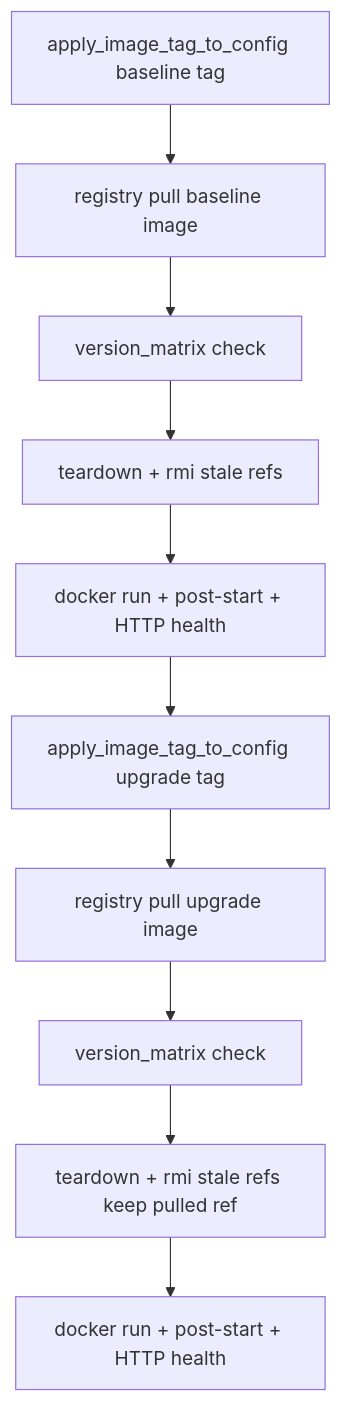
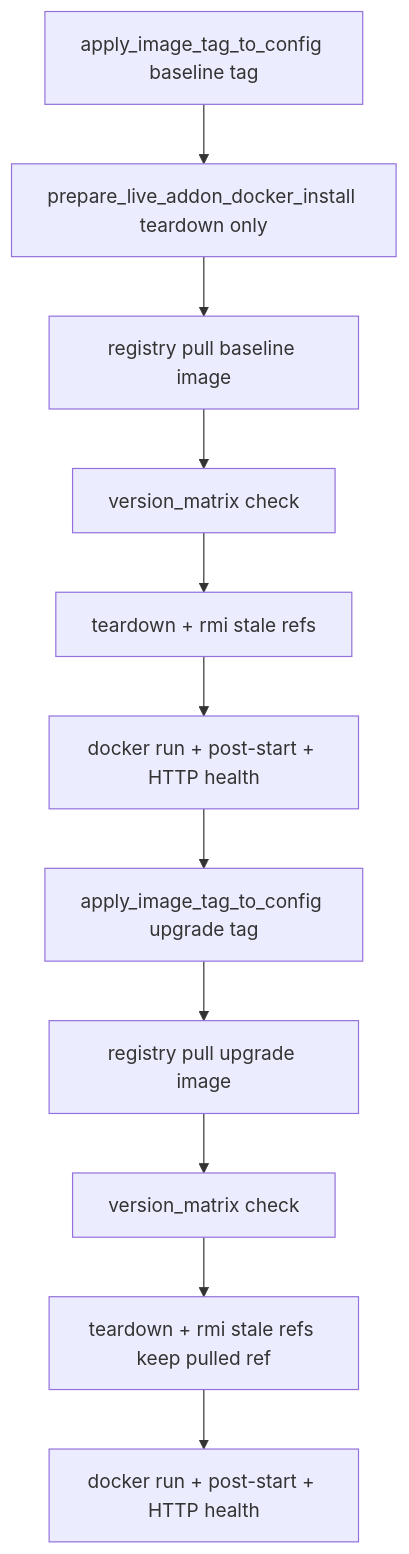
One commit to anamehra/sonic-mgmt changed the second of 2 diagrams in sonic-mgmt/docs/testplan/live_addon_docker_hld.md. Above: the diagram before and after it, drawn with Mermaid. The commit also changed other lines of this file, not shown here.

First line of the commit message:
Align live-addon HLD with upgrade test code paths.

````diff
--- a/sonic-mgmt/docs/testplan/live_addon_docker_hld.md
+++ b/sonic-mgmt/docs/testplan/live_addon_docker_hld.md
@@ -144,12 +145,13 @@
 ```mermaid
 flowchart TD
-    U0[apply_image_tag_to_config baseline tag] --> U1[registry pull baseline image]
+    U0[apply_image_tag_to_config baseline tag] --> U0b[prepare_live_addon_docker_install teardown only]
+    U0b --> U1[registry pull baseline image]
     U1 --> U2[version_matrix check]
     U2 --> U3[teardown + rmi stale refs]
     U3 --> U4[docker run + post-start + HTTP health]
     U4 --> U5[apply_image_tag_to_config upgrade tag]
     U5 --> U6[registry pull upgrade image]
     U6 --> U7[version_matrix check]
     U7 --> U8[teardown + rmi stale refs keep pulled ref]
     U8 --> U9[docker run + post-start + HTTP health]
 ```
````
